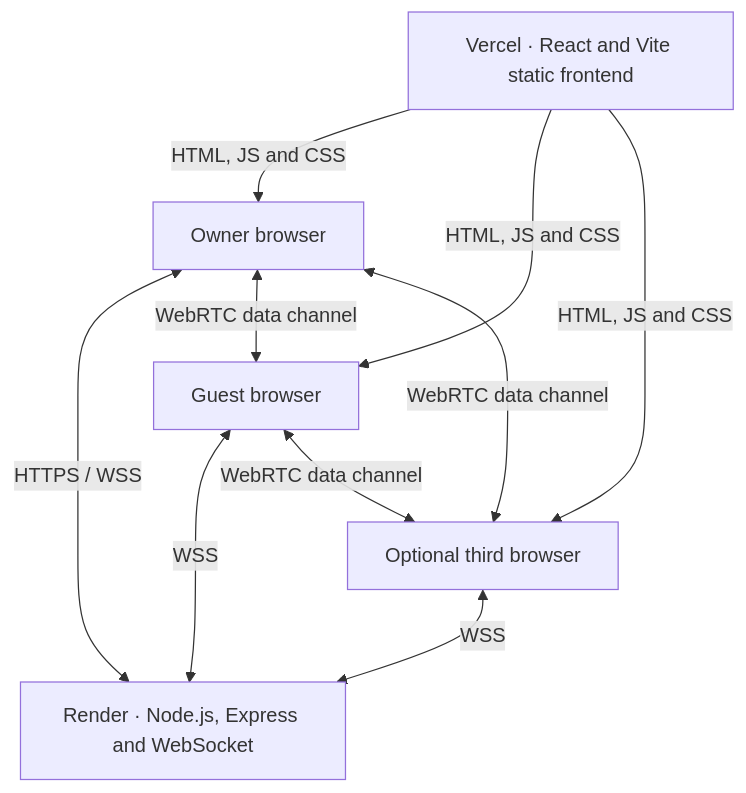
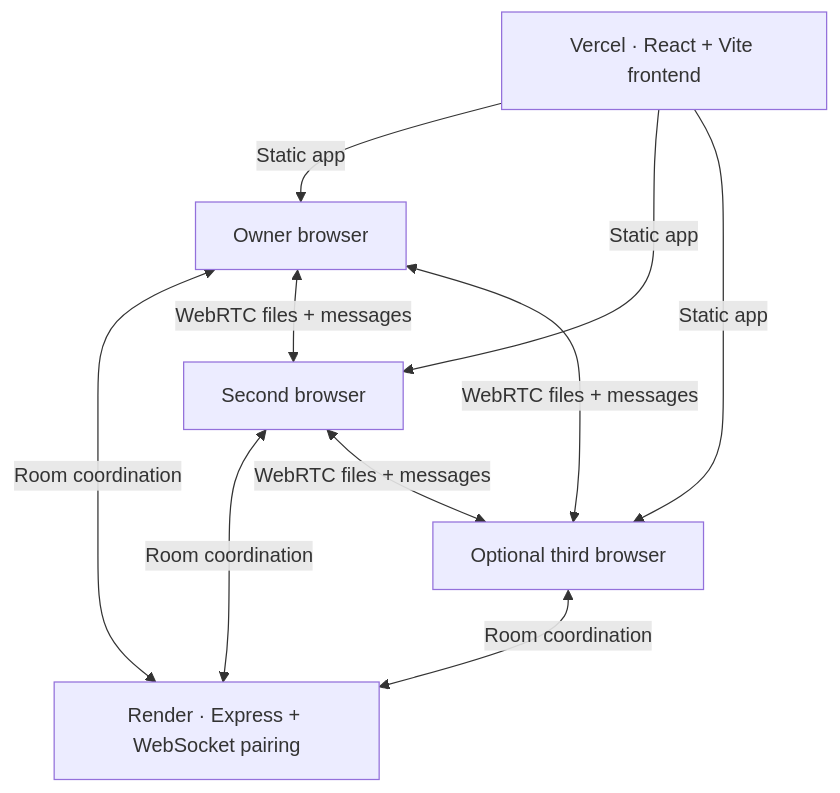
One commit to Pranav-Teja-Aluvala/Drop changed the diagram in README.md. Above: the diagram before and after it, drawn with Mermaid. The commit also changed other lines of this file and 2 other files, not shown here.

````diff
--- a/README.md
+++ b/README.md
@@ -21,15 +129,16 @@
 ```mermaid
 flowchart TB
-    Web["Vercel · React and Vite static frontend"]
-    Signal["Render · Node.js, Express and WebSocket"]
+    Web["Vercel · React + Vite frontend"]
+    Signal["Render · Express + WebSocket pairing"]
     A["Owner browser"]
-    B["Guest browser"]
+    B["Second browser"]
     C["Optional third browser"]
-    Web -->|HTML, JS and CSS| A & B & C
-    A <-->|HTTPS / WSS| Signal
-    B <-->|WSS| Signal
-    C <-->|WSS| Signal
-    A <-->|WebRTC data channel| B
-    A <-->|WebRTC data channel| C
-    B <-->|WebRTC data channel| C
+
+    Web -->|Static app| A & B & C
+    A <-->|Room coordination| Signal
+    B <-->|Room coordination| Signal
+    C <-->|Room coordination| Signal
+    A <-->|WebRTC files + messages| B
+    A <-->|WebRTC files + messages| C
+    B <-->|WebRTC files + messages| C
 ```
````
